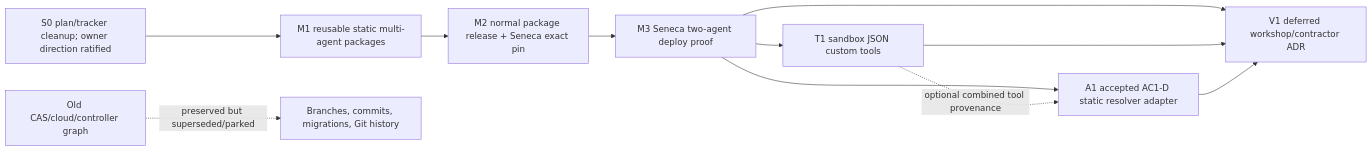
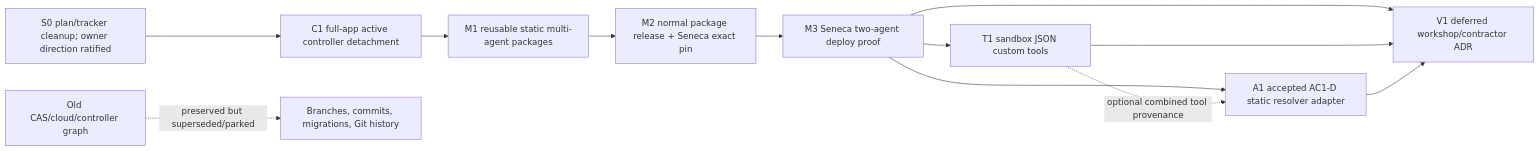
One commit to hachej/boring-ui changed the diagram in docs/issues/391/runtime-refactor/AGENT-CLOUD-OWNERSHIP-RECUT.md. Above: the diagram before and after it, drawn with Mermaid. The commit also changed other lines of this file, not shown here.

Commit message:
docs(391): put full-app detachment before multi-agent work

````diff
--- a/docs/issues/391/runtime-refactor/AGENT-CLOUD-OWNERSHIP-RECUT.md
+++ b/docs/issues/391/runtime-refactor/AGENT-CLOUD-OWNERSHIP-RECUT.md
@@ -669,14 +719,15 @@
 ```mermaid
 flowchart LR
-  S0[S0 plan/tracker cleanup; owner direction ratified] --> M1[M1 reusable static multi-agent packages]
+  S0[S0 plan/tracker cleanup; owner direction ratified] --> C1[C1 full-app active controller detachment]
+  C1 --> M1[M1 reusable static multi-agent packages]
   M1 --> M2[M2 normal package release + Seneca exact pin]
   M2 --> M3[M3 Seneca two-agent deploy proof]
   M3 --> T1[T1 sandbox JSON custom tools]
   M3 --> A1[A1 accepted AC1-D static resolver adapter]
   T1 -. optional combined tool provenance .-> A1
   M3 --> V1[V1 deferred workshop/contractor ADR]
   T1 --> V1
   A1 --> V1
 
   Old[Old CAS/cloud/controller graph] -. preserved but superseded/parked .-> History[Branches, commits, migrations, Git history]
 ```
````
